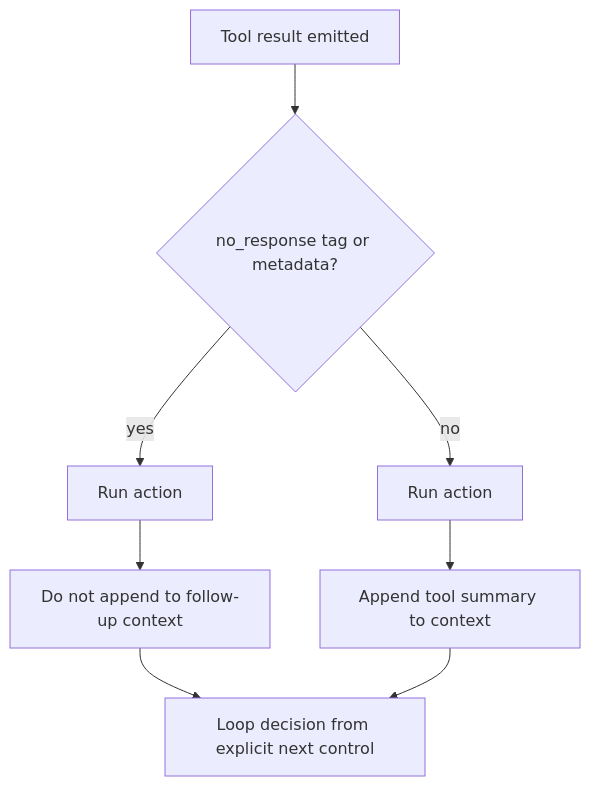
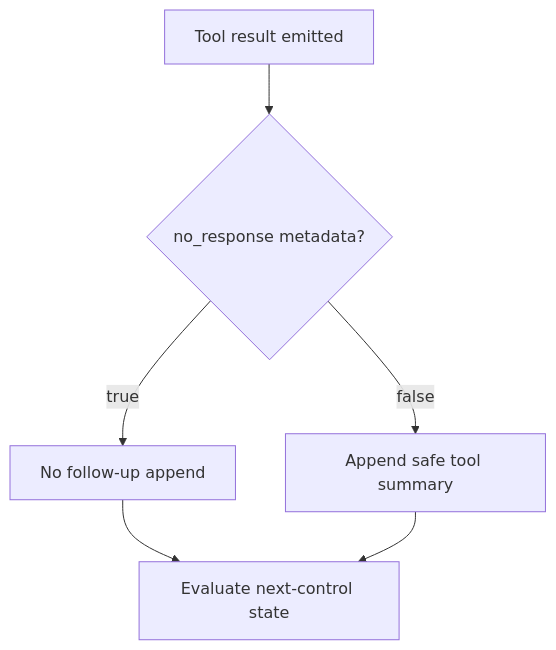
The fourth of 5 diagrams in README.md (LynnColeArt/captainhook), drawn with Mermaid before and after one commit. The commit also changed other lines of this file, not shown here.

Commit message:
docs: rewrite README as whitepaper-style guide for namespace-first agent control

````diff
--- a/README.md
+++ b/README.md
@@ -98,10 +156,8 @@
 ```mermaid
 flowchart TD
-  A[Tool result emitted] --> B{no_response tag or metadata?}
-  B -->|yes| C[Run action]
-  C --> D[Do not append to follow-up context]
-  B -->|no| E[Run action]
-  E --> F[Append tool summary to context]
-  D --> G["Loop decision from explicit next control"]
-  F --> G
+  A["Tool result emitted"] --> B{no_response metadata?}
+  B -->|true| C["No follow-up append"]
+  B -->|false| D["Append safe tool summary"]
+  C --> E["Evaluate next-control state"]
+  D --> E
 ```
````
